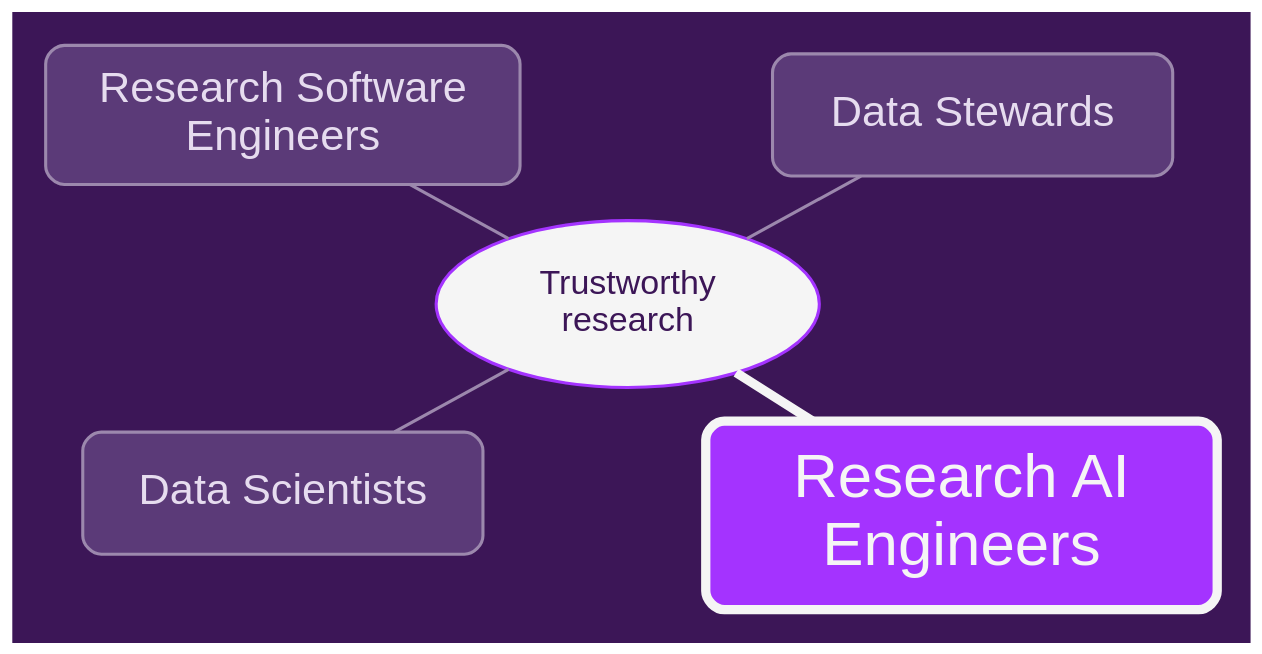
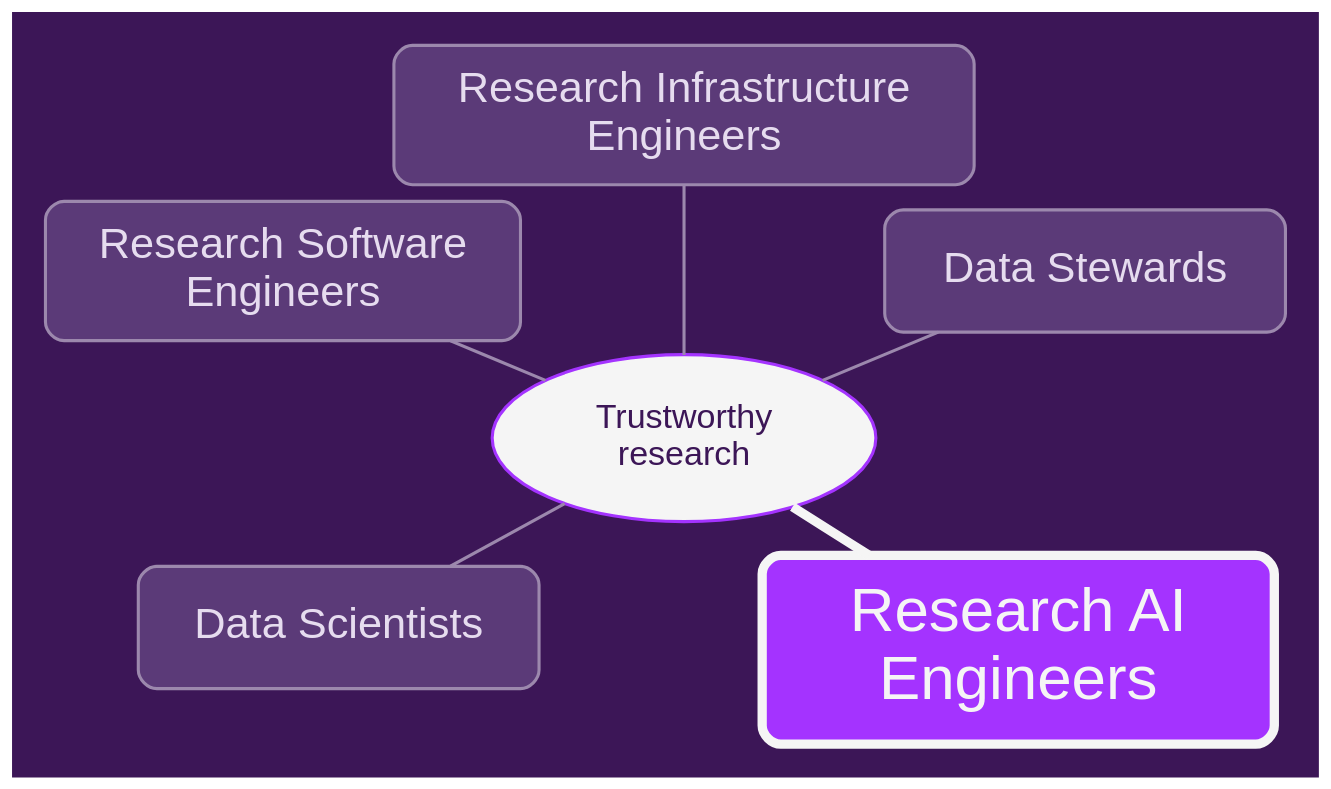
One commit to jamespjh/talks changed the diagram in leru_ai/assets/sources/graphviz/professions.dot. Above: the diagram before and after it, drawn with Graphviz. The commit also changed 2 other files, not shown here.

Commit message:
Tighten the LERU talk's argument and fix the CI Graphviz
Align on 'digital research technology platforms', connect the open-models and
epistemics strands through Research AI Engineers, add Research Infrastructure
Engineers to the professions diagram, set up the local compute ask, link back
to education, and reword the cognitive debt definition.

Pin the build to ubuntu-24.04: on ubuntu-latest (26.04) the graphviz package
no longer includes the neato layout, which every talk's diagrams need.

```diff
--- a/leru_ai/assets/sources/graphviz/professions.dot
+++ b/leru_ai/assets/sources/graphviz/professions.dot
@@ -1,18 +1,19 @@
 // The research technology professions, with the new one lit up.
 graph professions {
     graph [bgcolor="#3c1657", layout="neato", pad="0.3"];
     node  [shape="box", style="filled,rounded", fillcolor="#5b3a78", fontcolor="#e6dcef",
            color="#9c88ad", penwidth="2", fontname="Helvetica", fontsize="28", margin="0.3,0.2", width="3.6", height="1.1"];
     edge  [color="#9c88ad", penwidth="2"];
 
-    rse [label="Research Software\nEngineers", pos="-3.1,1.7!"];
-    steward [label="Data Stewards", pos="3.1,1.7!"];
+    rse [label="Research Software\nEngineers", pos="-3.6,1.5!"];
+    rie [label="Research Infrastructure\nEngineers", width="4.4", pos="0,2.9!"];
+    steward [label="Data Stewards", pos="3.6,1.5!"];
     scientist [label="Data Scientists", pos="-3.1,-1.7!"];
     raie [label="Research AI\nEngineers", fillcolor="#a433ff", fontcolor="#f5f5f5", color="#f5f5f5",
           penwidth="6", fontsize="40", width="4.6", height="1.7", pos="3.0,-1.9!"];
     research [label="Trustworthy\nresearch", shape="ellipse", style="filled", fillcolor="#f5f5f5",
               fontcolor="#3c1657", color="#a433ff", fontsize="22", width="2.4", height="1.3", pos="0,0!"];
 
-    research -- rse; research -- steward; research -- scientist;
+    research -- rse; research -- rie; research -- steward; research -- scientist;
     research -- raie [color="#f5f5f5", penwidth="6"];
 }
```
